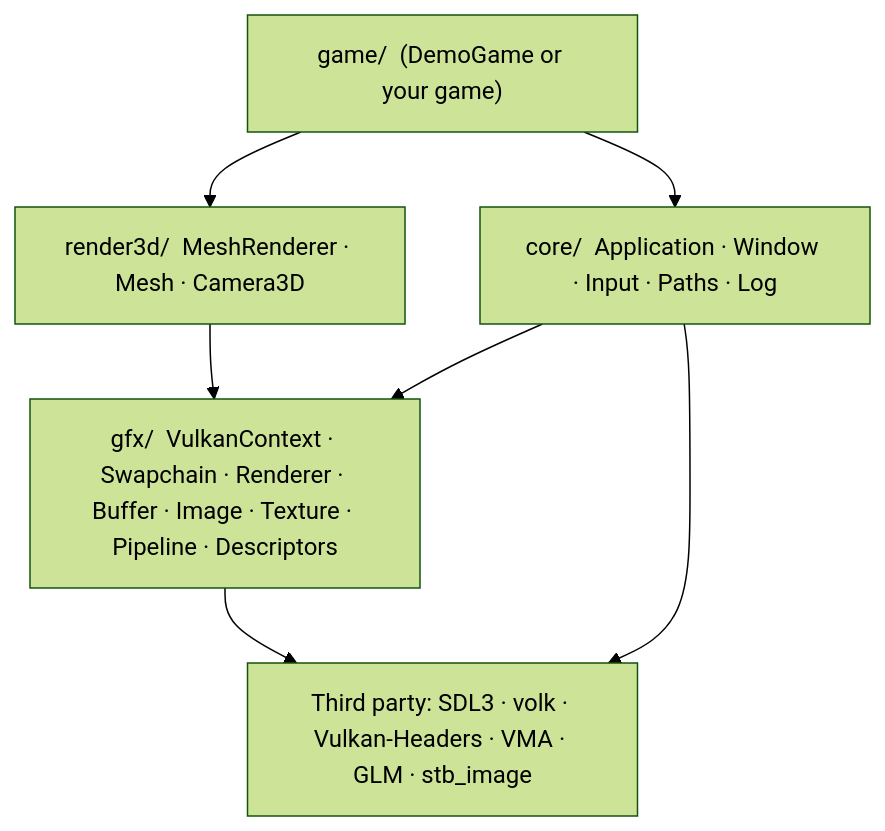
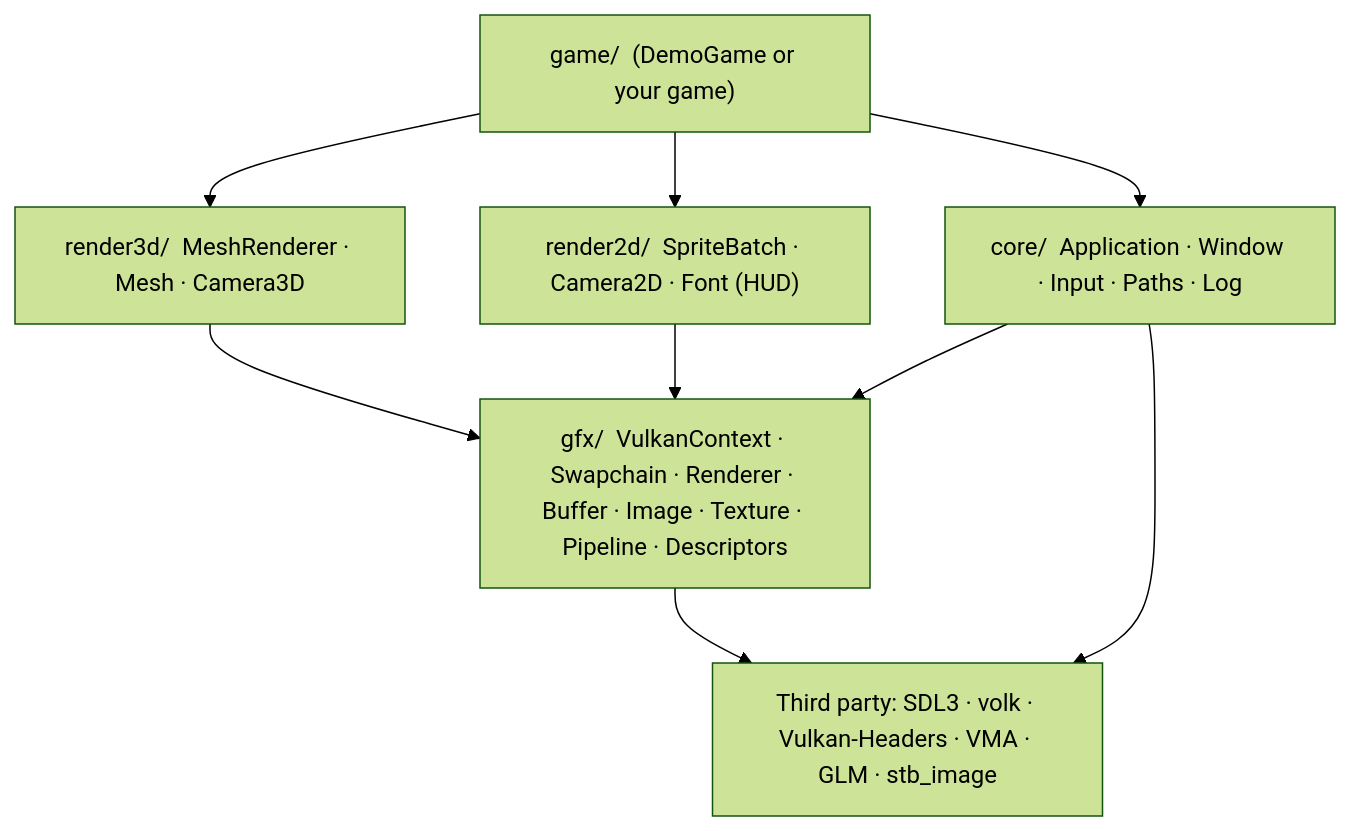
Before and after one commit to Chuck5ta/3DBaseFramework: the first of 8 diagrams in docs/ARCHITECTURE.md, drawn with Mermaid (forest theme). The commit also changed other lines of this file and 18 other files, not shown here.

````diff
--- a/docs/ARCHITECTURE.md
+++ b/docs/ARCHITECTURE.md
@@ -33,15 +33,18 @@
 ```mermaid
 flowchart TD
     game["game/  (DemoGame or your game)"]
     r3d["render3d/  MeshRenderer · Mesh · Camera3D"]
+    r2d["render2d/  SpriteBatch · Camera2D · Font (HUD)"]
     core["core/  Application · Window · Input · Paths · Log"]
     gfx["gfx/  VulkanContext · Swapchain · Renderer · Buffer · Image · Texture · Pipeline · Descriptors"]
     third["Third party: SDL3 · volk · Vulkan-Headers · VMA · GLM · stb_image"]
 
     game --> r3d
+    game --> r2d
     game --> core
     r3d --> gfx
+    r2d --> gfx
     core --> gfx
     gfx --> third
     core --> third
 ```
````
